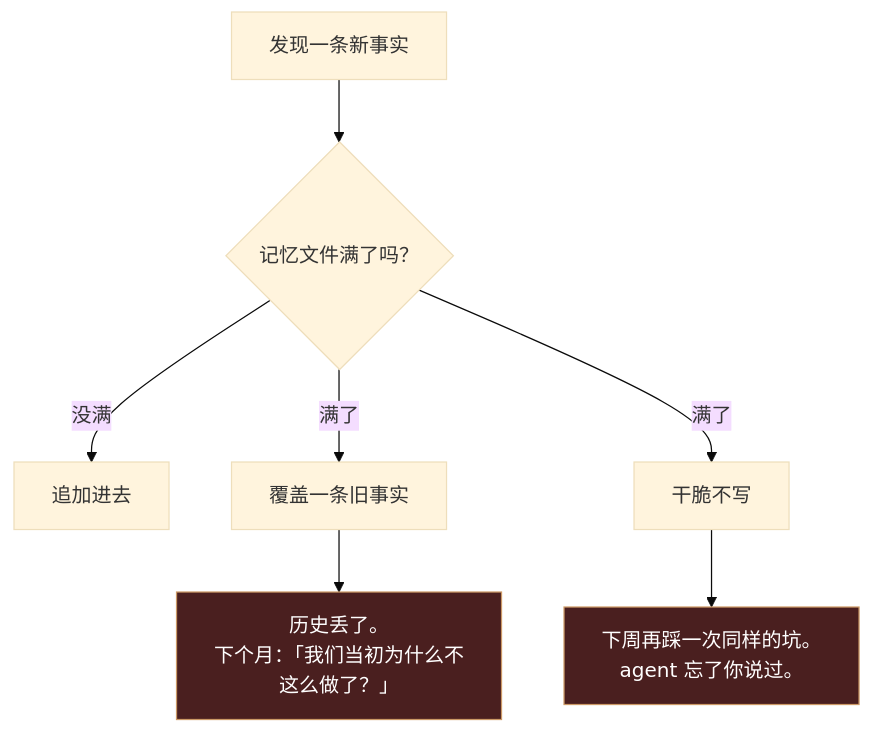
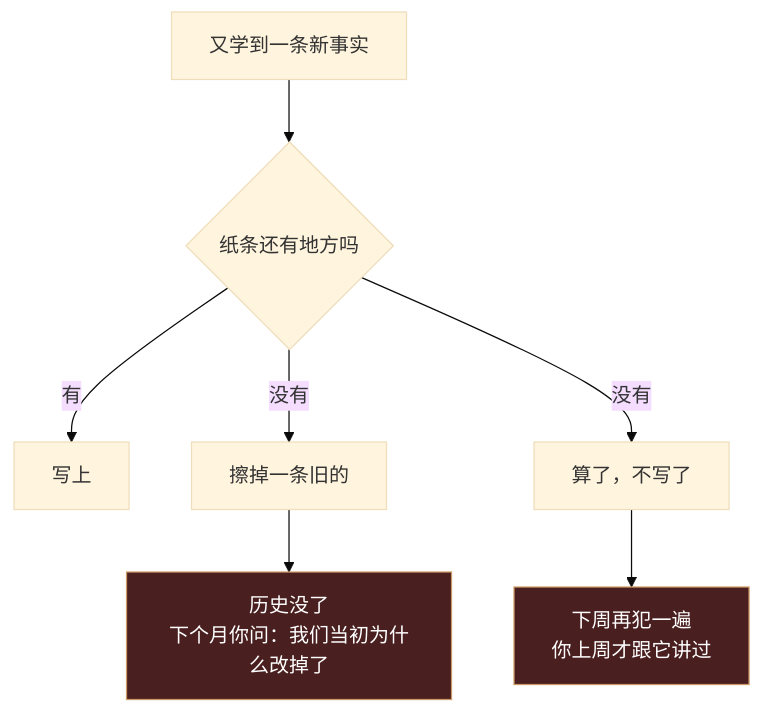
One commit to QINXIN111/tiered-memory changed the second of 3 diagrams in README.zh-CN.md. Above: the diagram before and after it, drawn with Mermaid (base theme). The commit also changed other lines of this file and 1 other file, not shown here.

````diff
--- a/README.zh-CN.md
+++ b/README.zh-CN.md
@@ -51,11 +58,11 @@
 ```mermaid
 flowchart TD
-    A["发现一条新事实"] --> B{"记忆文件满了吗？"}
-    B -- 没满 --> C["追加进去"]
-    B -- 满了 --> D["覆盖一条旧事实"]
-    B -- 满了 --> E["干脆不写"]
-    D --> F["历史丢了。<br/>下个月：「我们当初为什么不这么做了？」"]
-    E --> G["下周再踩一次同样的坑。<br/>agent 忘了你说过。"]
+    A["又学到一条新事实"] --> B{"纸条还有地方吗"}
+    B -- "有" --> C["写上"]
+    B -- "没有" --> D["擦掉一条旧的"]
+    B -- "没有" --> E["算了，不写了"]
+    D --> F["历史没了<br/>下个月你问：我们当初为什么改掉了"]
+    E --> G["下周再犯一遍<br/>你上周才跟它讲过"]
     style F fill:#4a1f1f,stroke:#c96,color:#fff
     style G fill:#4a1f1f,stroke:#c96,color:#fff
 ```
````
